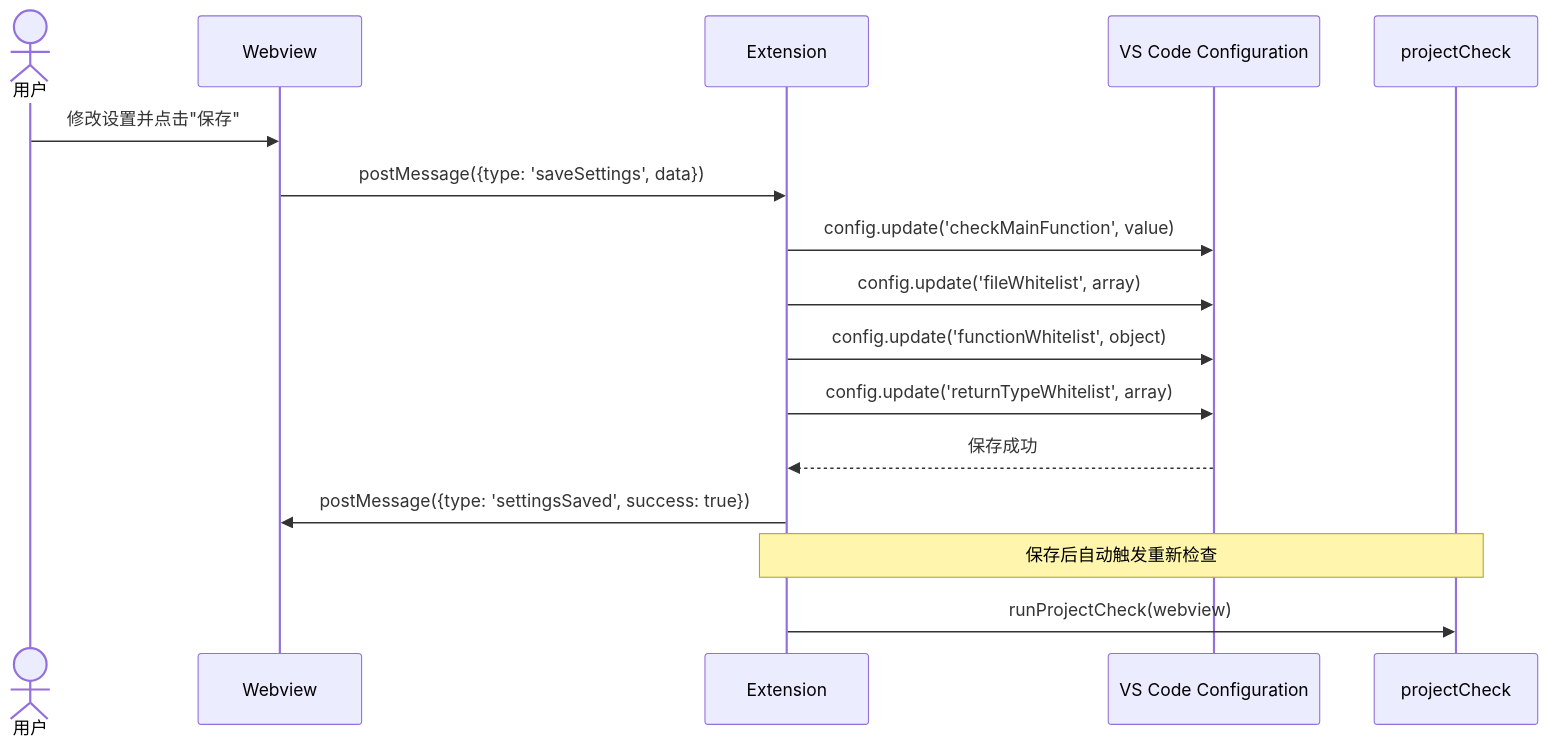
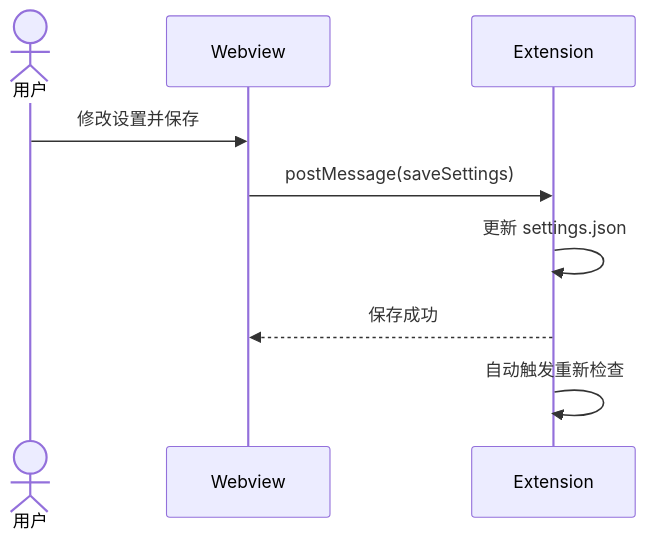
One commit to Aldebaran638/Doc-Doctor changed the ninth of 9 diagrams in RequirementDocument/设计文档.md. Above: the diagram before and after it, drawn with Mermaid. The commit also changed other lines of this file, not shown here.

````diff
--- a/RequirementDocument/设计文档.md
+++ b/RequirementDocument/设计文档.md
@@ -437,22 +299,12 @@
 ```mermaid
 sequenceDiagram
     actor U as 用户
     participant W as Webview
     participant E as Extension
-    participant CFG as VS Code Configuration
-    participant PC as projectCheck
 
-    U->>W: 修改设置并点击"保存"
-    W->>E: postMessage({type: 'saveSettings', data})
-    
-    E->>CFG: config.update('checkMainFunction', value)
-    E->>CFG: config.update('fileWhitelist', array)
-    E->>CFG: config.update('functionWhitelist', object)
-    E->>CFG: config.update('returnTypeWhitelist', array)
-    
-    CFG-->>E: 保存成功
-    E->>W: postMessage({type: 'settingsSaved', success: true})
-    
-    Note over E,PC: 保存后自动触发重新检查
-    E->>PC: runProjectCheck(webview)
+    U->>W: 修改设置并保存
+    W->>E: postMessage(saveSettings)
+    E->>E: 更新 settings.json
+    E-->>W: 保存成功
+    E->>E: 自动触发重新检查
 ```
````
